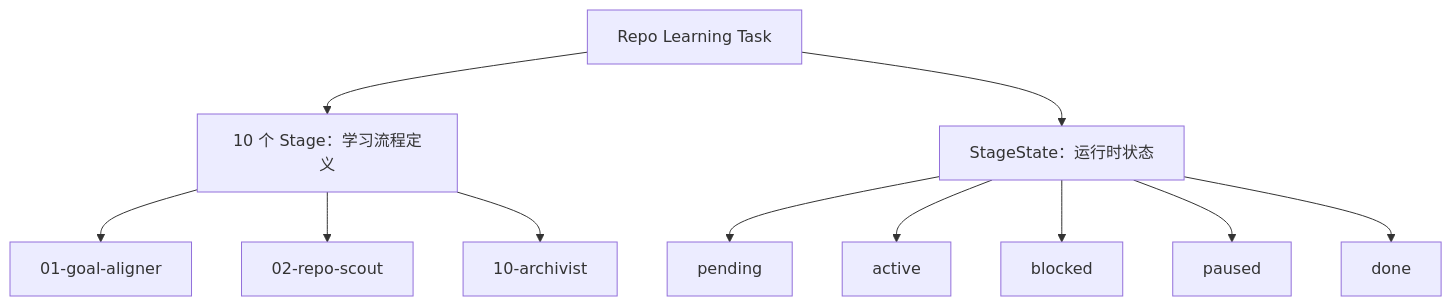
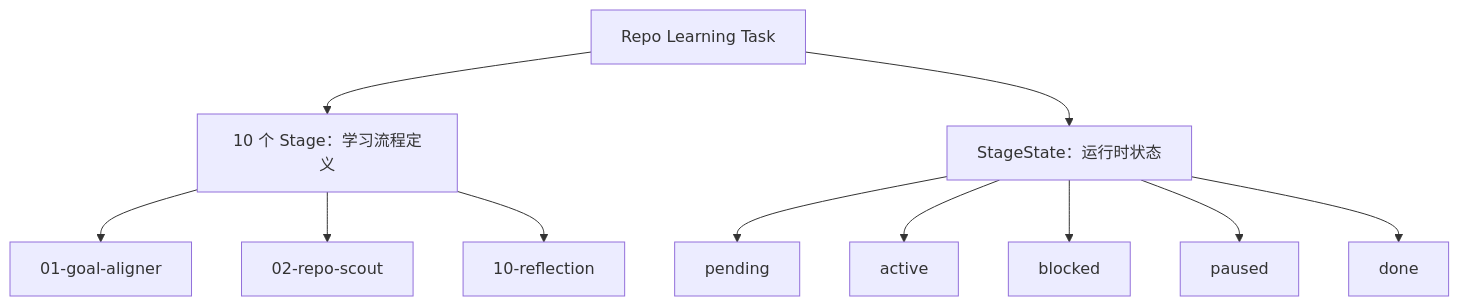
The first of 8 diagrams in crates/docs/repo-learning-stage-state-flow.md (hedon954/daedalus), drawn with Mermaid before and after one commit. The commit also changed other lines of this file and 43 other files, not shown here.

````diff
--- a/crates/docs/repo-learning-stage-state-flow.md
+++ b/crates/docs/repo-learning-stage-state-flow.md
@@ -14,13 +14,13 @@
 ```mermaid
 flowchart TD
     repoLearning["Repo Learning Task"] --> stageDefinitions["10 个 Stage：学习流程定义"]
     repoLearning --> runtimeState["StageState：运行时状态"]
     stageDefinitions --> stage01["01-goal-aligner"]
     stageDefinitions --> stage02["02-repo-scout"]
-    stageDefinitions --> stage10["10-archivist"]
+    stageDefinitions --> stage10["10-reflection"]
     runtimeState --> pending["pending"]
     runtimeState --> active["active"]
     runtimeState --> blocked["blocked"]
     runtimeState --> paused["paused"]
     runtimeState --> done["done"]
 ```
````
